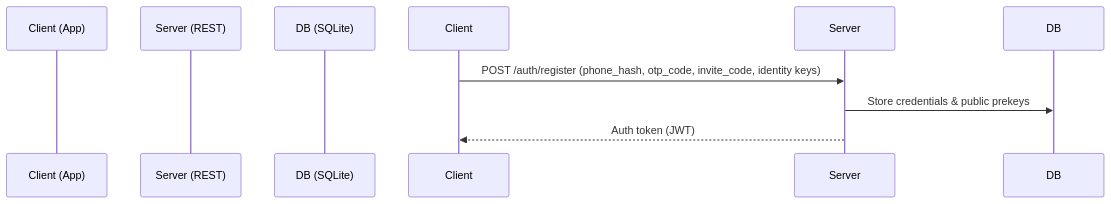
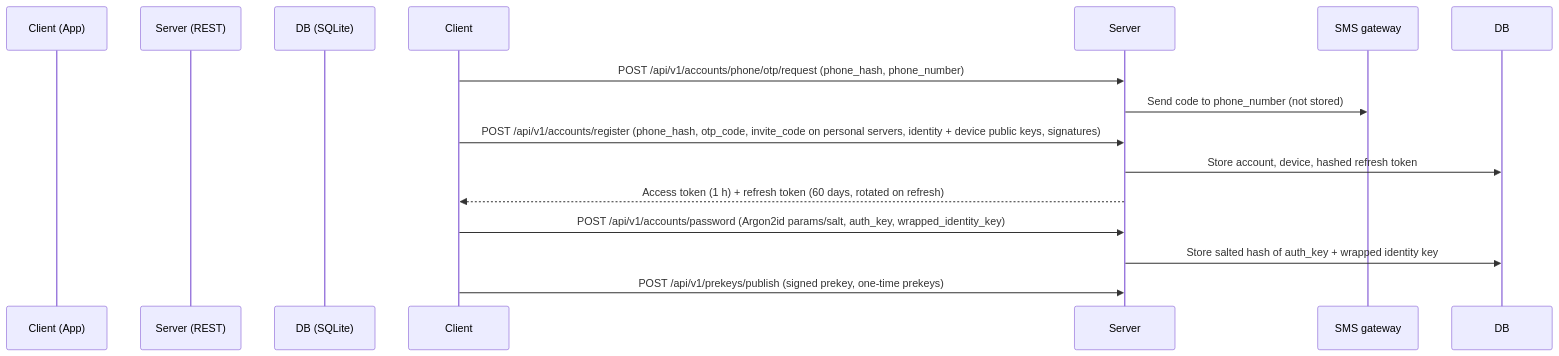
The first of 3 diagrams in helix_remote/docs/product/DATA_FLOW.md (Saif287472/helix), drawn with Mermaid before and after one commit. The commit also changed other lines of this file and 301 other files, not shown here.

````diff
--- a/helix_remote/docs/product/DATA_FLOW.md
+++ b/helix_remote/docs/product/DATA_FLOW.md
@@ -6,10 +6,15 @@
 ```mermaid
 sequenceDiagram
     participant Client (App)
     participant Server (REST)
     participant DB (SQLite)
 
-    Client->>Server: POST /auth/register (phone_hash, otp_code, invite_code, identity keys)
-    Server->>DB: Store credentials & public prekeys
-    Server-->>Client: Auth token (JWT)
+    Client->>Server: POST /api/v1/accounts/phone/otp/request (phone_hash, phone_number)
+    Server->>SMS gateway: Send code to phone_number (not stored)
+    Client->>Server: POST /api/v1/accounts/register (phone_hash, otp_code, invite_code on personal servers, identity + device public keys, signatures)
+    Server->>DB: Store account, device, hashed refresh token
+    Server-->>Client: Access token (1 h) + refresh token (60 days, rotated on refresh)
+    Client->>Server: POST /api/v1/accounts/password (Argon2id params/salt, auth_key, wrapped_identity_key)
+    Server->>DB: Store salted hash of auth_key + wrapped identity key
+    Client->>Server: POST /api/v1/prekeys/publish (signed prekey, one-time prekeys)
 ```
````
